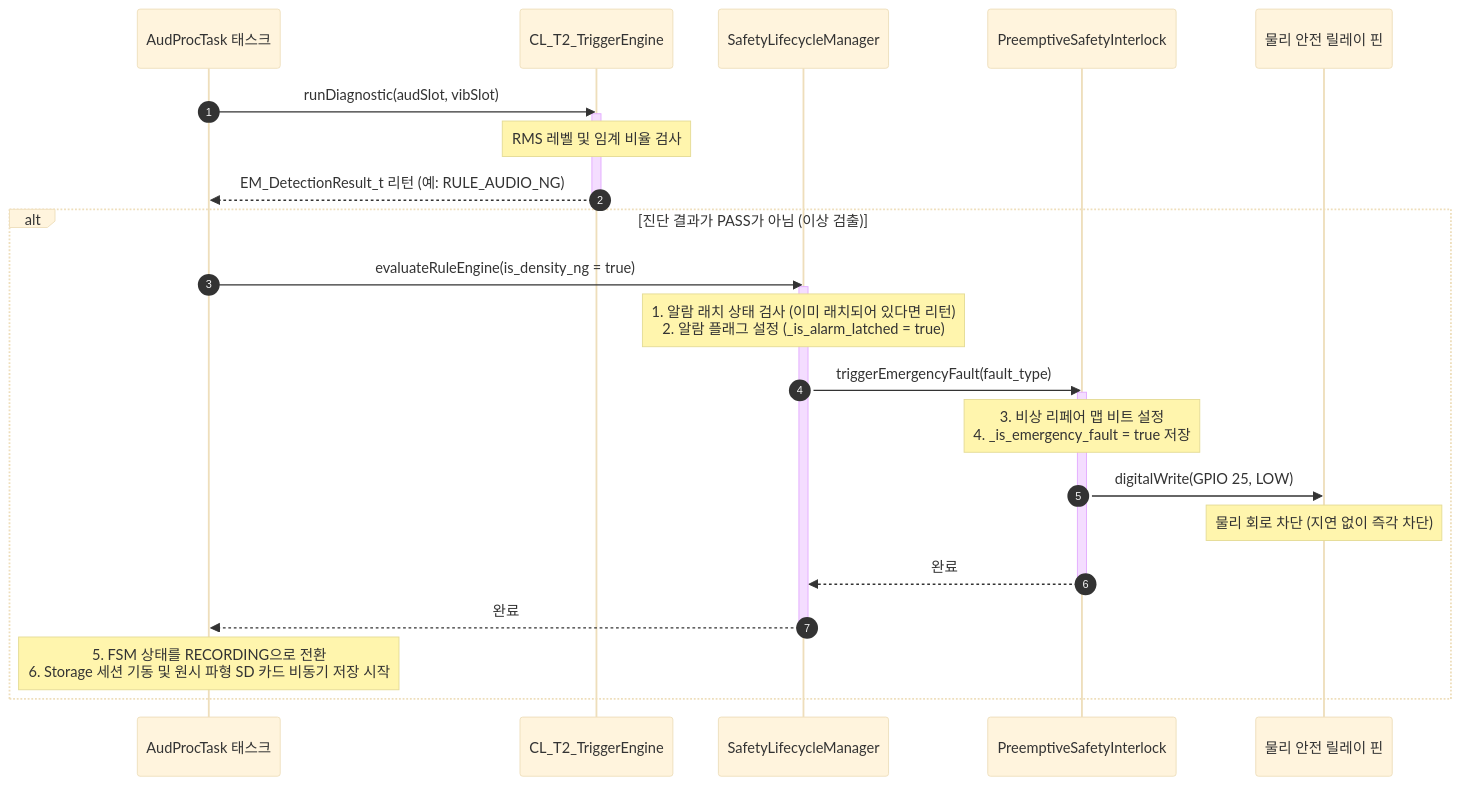
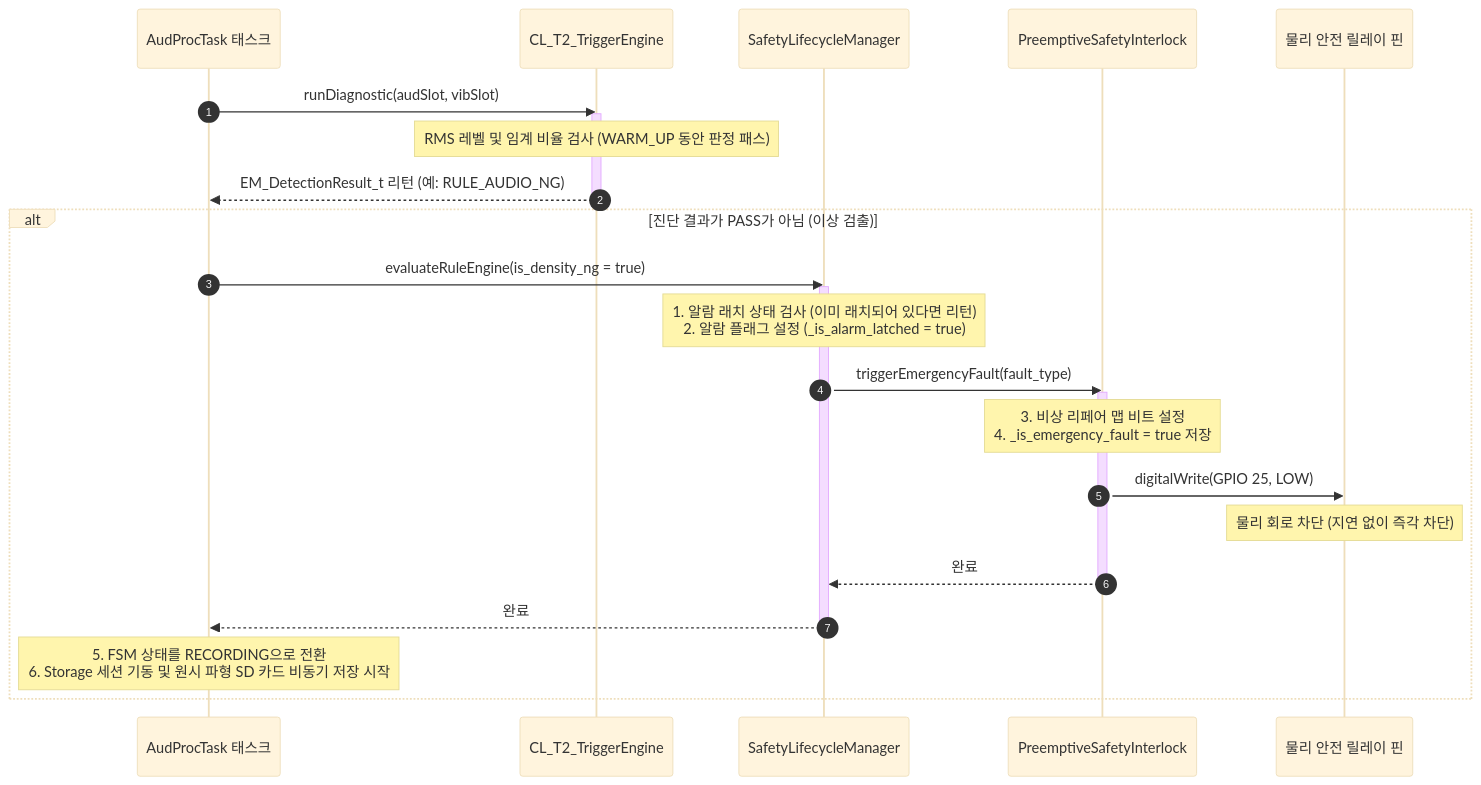
The fourth of 5 diagrams in src/T2_MSFM_250/Docs_FuncSpec/S40_func_flow_250.md (hosanglee-kr/ESP32_MSFM_250), drawn with Mermaid (base theme) before and after one commit. The commit also changed other lines of this file and 36 other files, not shown here.

````diff
--- a/src/T2_MSFM_250/Docs_FuncSpec/S40_func_flow_250.md
+++ b/src/T2_MSFM_250/Docs_FuncSpec/S40_func_flow_250.md
@@ -194,35 +171,35 @@
 ```mermaid
 sequenceDiagram
     autonumber
     participant AudProc as AudProcTask 태스크
     participant TrigEng as CL_T2_TriggerEngine
     participant SafetyMgr as SafetyLifecycleManager
     participant Interlock as PreemptiveSafetyInterlock
     participant Relay as 물리 안전 릴레이 핀
 
     AudProc->>TrigEng: runDiagnostic(audSlot, vibSlot)
     activate TrigEng
-    Note over TrigEng: RMS 레벨 및 임계 비율 검사
+    Note over TrigEng: RMS 레벨 및 임계 비율 검사 (WARM_UP 동안 판정 패스)
     TrigEng-->>AudProc: EM_DetectionResult_t 리턴 (예: RULE_AUDIO_NG)
     deactivate TrigEng
 
     alt 진단 결과가 PASS가 아님 (이상 검출)
         AudProc->>SafetyMgr: evaluateRuleEngine(is_density_ng = true)
         activate SafetyMgr
         Note over SafetyMgr: 1. 알람 래치 상태 검사 (이미 래치되어 있다면 리턴)<br/>2. 알람 플래그 설정 (_is_alarm_latched = true)
         
         SafetyMgr->>Interlock: triggerEmergencyFault(fault_type)
         activate Interlock
         Note over Interlock: 3. 비상 리페어 맵 비트 설정<br/>4. _is_emergency_fault = true 저장
         
         Interlock->>Relay: digitalWrite(GPIO 25, LOW)
         Note over Relay: 물리 회로 차단 (지연 없이 즉각 차단)
         
         Interlock-->>SafetyMgr: 완료
         deactivate Interlock
         SafetyMgr-->>AudProc: 완료
         deactivate SafetyMgr
         
         Note over AudProc: 5. FSM 상태를 RECORDING으로 전환<br/>6. Storage 세션 기동 및 원시 파형 SD 카드 비동기 저장 시작
     end
 ```
````
